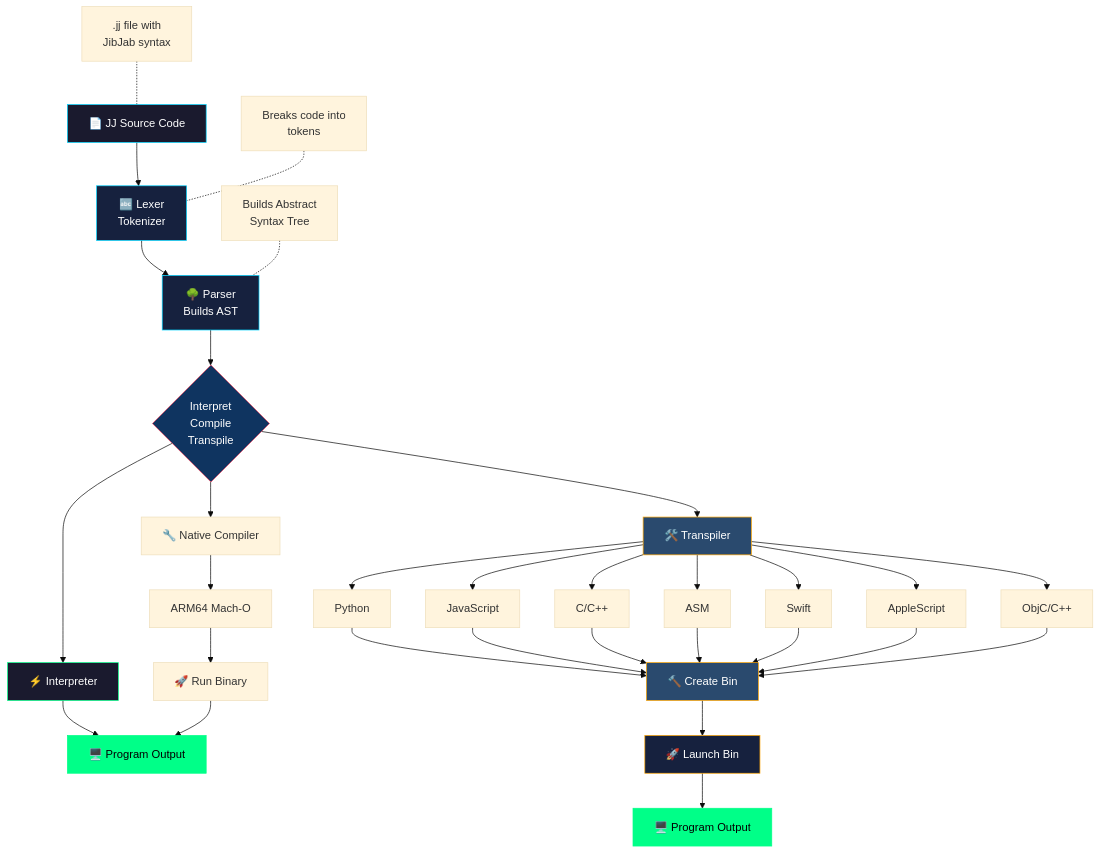
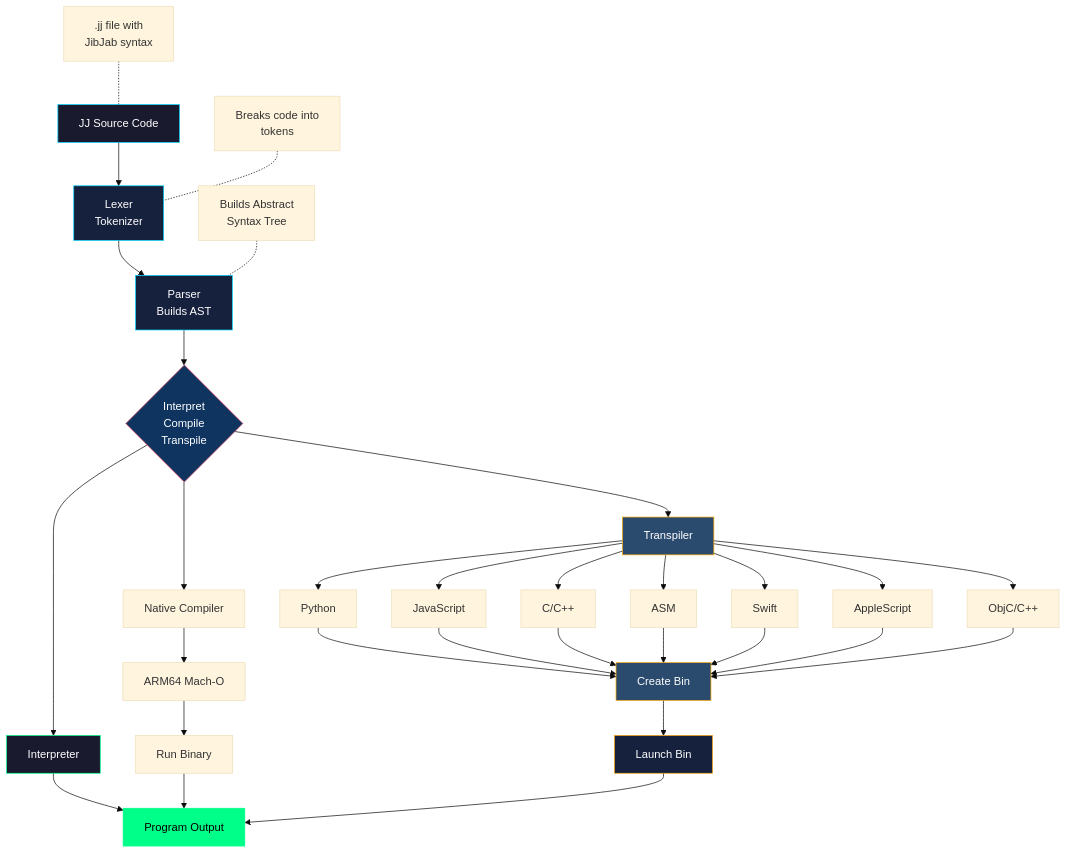
The diagram in README.md (SuperBox64/JibberJabber), drawn with Mermaid (base theme) before and after one commit.

Commit message:
Simplify pipeline diagram: single Program Output, remove emojis
- Consolidate to single Program Output node
- Remove all emojis from diagram
- Clean up node labels

````diff
--- a/README.md
+++ b/README.md
@@ -339,49 +339,48 @@
 ```mermaid
 flowchart TD
-    A[📄 JJ Source Code] --> B[🔤 Lexer<br>Tokenizer]
-    B --> C[🌳 Parser<br>Builds AST]
+    A[JJ Source Code] --> B[Lexer<br>Tokenizer]
+    B --> C[Parser<br>Builds AST]
     C --> D{Interpret<br>Compile<br>Transpile}
 
     A1[".jj file with<br>JibJab syntax"] -.- A
     B1["Breaks code into<br>tokens"] -.- B
     C1["Builds Abstract<br>Syntax Tree"] -.- C
 
-    D --> E[⚡ Interpreter]
-    E --> F[🖥️ Program Output]
+    D --> E[Interpreter]
+    E --> F[Program Output]
 
-    D --> N1[🔧 Native Compiler]
+    D --> N1[Native Compiler]
     N1 --> N2[ARM64 Mach-O]
-    N2 --> N3[🚀 Run Binary]
+    N2 --> N3[Run Binary]
     N3 --> F
 
-    D --> G[🛠️ Transpiler]
+    D --> G[Transpiler]
     G --> H[Python]
     G --> I[JavaScript]
     G --> J[C/C++]
     G --> K[ASM]
     G --> L[Swift]
     G --> P[AppleScript]
     G --> Q[ObjC/C++]
 
-    H --> M[🔨 Create Bin]
+    H --> M[Create Bin]
     I --> M
     J --> M
     K --> M
     L --> M
     P --> M
     Q --> M
-    M --> N[🚀 Launch Bin]
-    N --> O[🖥️ Program Output]
+    M --> N[Launch Bin]
+    N --> F
 
     style M fill:#2a4a6e,stroke:#ffa500,color:#fff
     style N fill:#16213e,stroke:#ffa500,color:#fff
-    style O fill:#00ff88,stroke:#00ff88,color:#000
 
     style A fill:#1a1a2e,stroke:#00d4ff,color:#fff
     style B fill:#16213e,stroke:#00d4ff,color:#fff
     style C fill:#16213e,stroke:#00d4ff,color:#fff
     style D fill:#0f3460,stroke:#e94560,color:#fff
     style E fill:#1a1a2e,stroke:#00ff88,color:#fff
     style F fill:#00ff88,stroke:#00ff88,color:#000
     style G fill:#2a4a6e,stroke:#ffa500,color:#fff
 ```
````
